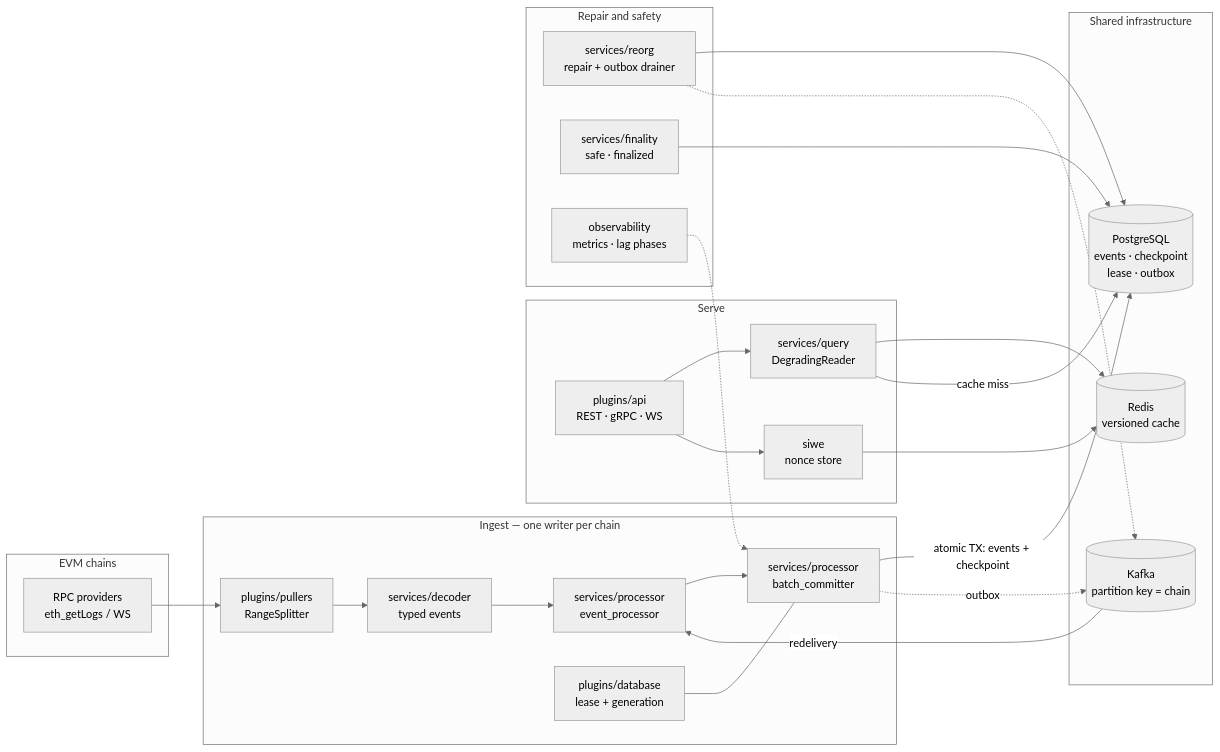
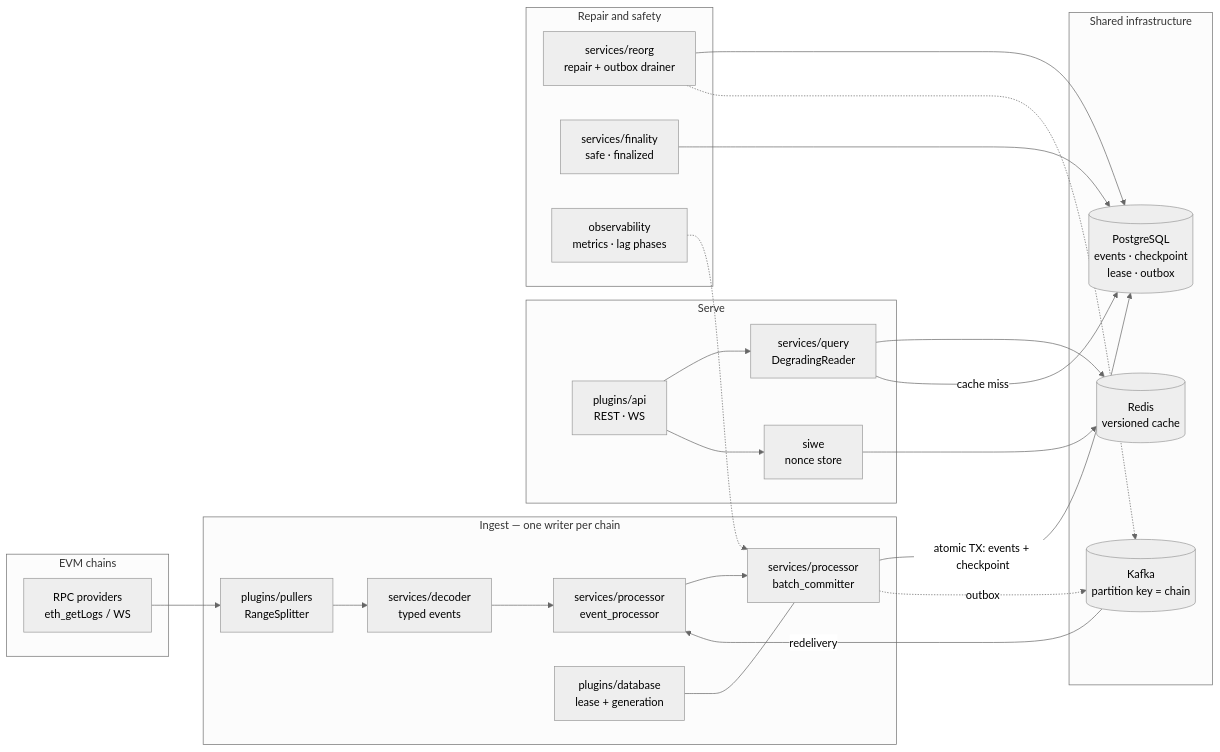
The diagram in README.md (rtcdance/chainpulse), drawn with Mermaid (neutral theme) before and after one commit. The commit also changed other lines of this file and 1 other file, not shown here.

First line of the commit message:
docs(readme): drop the gRPC claims - there is no gRPC implementation

````diff
--- a/README.md
+++ b/README.md
@@ -201,46 +204,46 @@
 ```mermaid
 flowchart LR
   subgraph CH["EVM chains"]
     RPC["RPC providers<br/>eth_getLogs / WS"]
   end
 
   subgraph ING["Ingest — one writer per chain"]
     PULL["plugins/pullers<br/>RangeSplitter"]
     DEC["services/decoder<br/>typed events"]
     PROC["services/processor<br/>event_processor"]
     CMIT["services/processor<br/>batch_committer"]
     LEASE["plugins/database<br/>lease + generation"]
   end
 
   subgraph INF["Shared infrastructure"]
     PG[("PostgreSQL<br/>events · checkpoint<br/>lease · outbox")]
     MQ[("Kafka<br/>partition key = chain")]
     RD[("Redis<br/>versioned cache")]
   end
 
   subgraph SRV["Serve"]
     QRY["services/query<br/>DegradingReader"]
-    API["plugins/api<br/>REST · gRPC · WS"]
+    API["plugins/api<br/>REST · WS"]
     SIWE["siwe<br/>nonce store"]
   end
 
   subgraph REP["Repair and safety"]
     REORG["services/reorg<br/>repair + outbox drainer"]
     FIN["services/finality<br/>safe · finalized"]
     OBS["observability<br/>metrics · lag phases"]
   end
 
   RPC --> PULL --> DEC --> PROC --> CMIT
   CMIT -->|"atomic TX: events + checkpoint"| PG
   CMIT -.->|outbox| MQ
   MQ -->|redelivery| PROC
   LEASE --- CMIT
   API --> QRY
   QRY --> RD
   QRY -->|"cache miss"| PG
   API --> SIWE --> RD
   REORG --> PG
   REORG -.-> MQ
   FIN --> PG
   OBS -.-> CMIT
 ```
````
